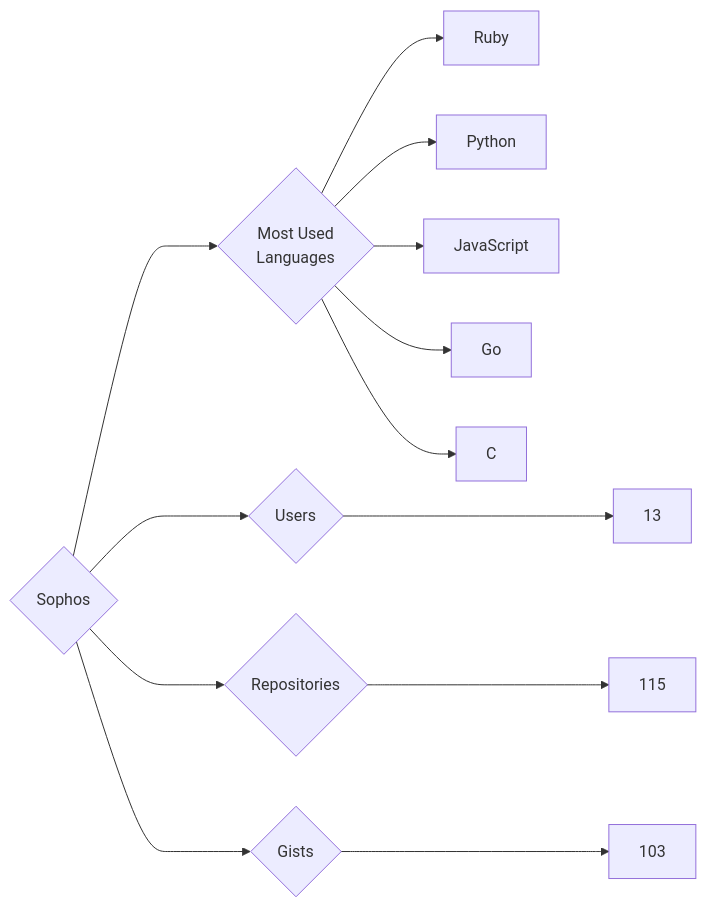
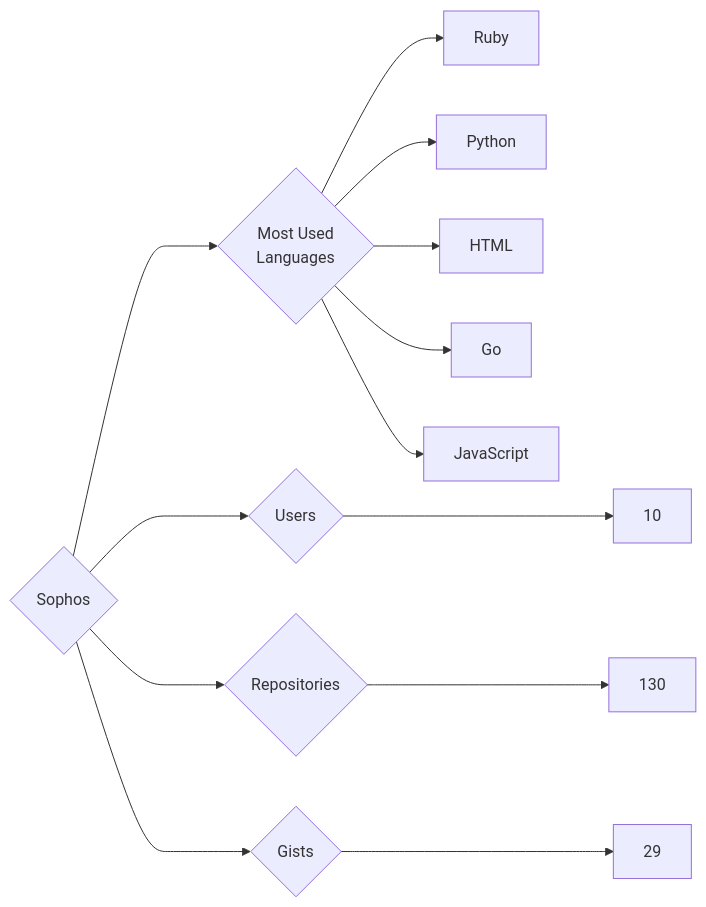
The diagram in targets/Sophos/README.md (trickest/insiders), drawn with Mermaid before and after one commit. The commit also changed 965 other files, not shown here.

````diff
--- a/targets/Sophos/README.md
+++ b/targets/Sophos/README.md
@@ -3,13 +3,13 @@
 ```mermaid
 graph LR
 COMPANY_NAME{Sophos}
-COMPANY_NAME ---> U{Users} ---> UN[13]
-COMPANY_NAME ---> R{Repositories} ---> RN[115]
-COMPANY_NAME ---> G{Gists} ---> GN[103]
+COMPANY_NAME ---> U{Users} ---> UN[10]
+COMPANY_NAME ---> R{Repositories} ---> RN[130]
+COMPANY_NAME ---> G{Gists} ---> GN[29]
 COMPANY_NAME ---> ML{Most Used<br>Languages}
 ML --> Ruby[Ruby]
 ML --> Python[Python]
+ML --> HTML[HTML]
+ML --> Go[Go]
 ML --> JavaScript[JavaScript]
-ML --> Go[Go]
-ML --> C[C]
 ```
````
